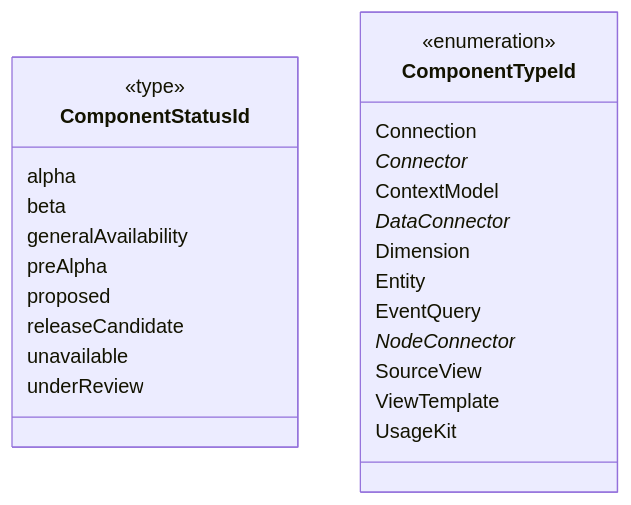
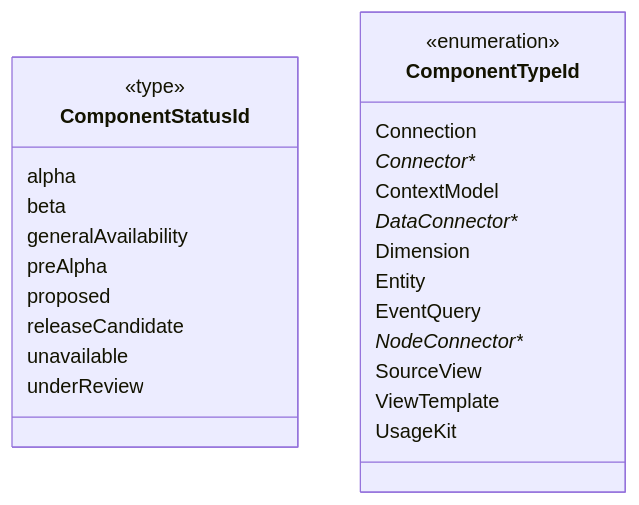
The third of 12 diagrams in README.md (data-positioning/datapos-shared), drawn with Mermaid before and after one commit. The commit also changed other lines of this file and 3 other files, not shown here.

````diff
--- a/README.md
+++ b/README.md
@@ -68,31 +68,31 @@
 ```mermaid
 classDiagram
     direction TB
 
     class ComponentStatusId {
         <<type>>
         alpha
         beta
         generalAvailability
         preAlpha
         proposed
         releaseCandidate
         unavailable
         underReview
     }
 
     class ComponentTypeId {
         <<enumeration>>
         Connection
-        Connector*
+        Connector**
         ContextModel
-        DataConnector*
+        DataConnector**
         Dimension
         Entity
         EventQuery
-        NodeConnector*
+        NodeConnector**
         SourceView
         ViewTemplate
         UsageKit
     }
 ```
````
